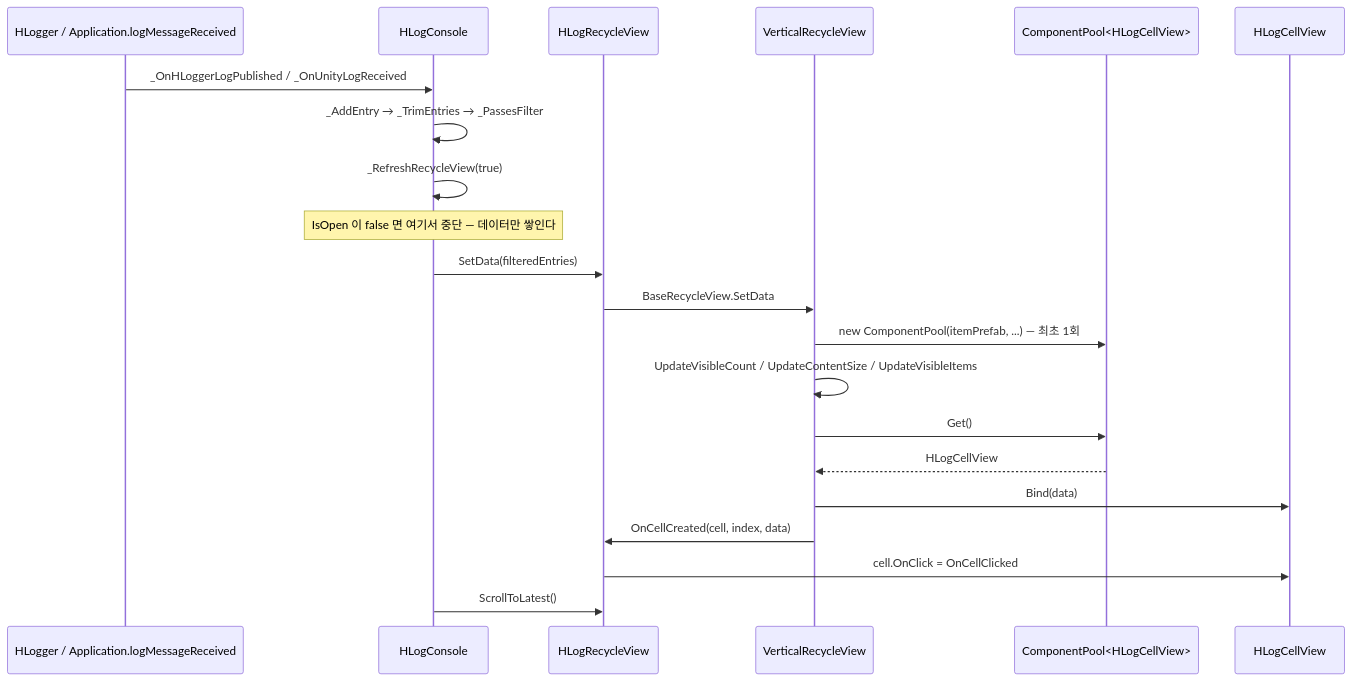
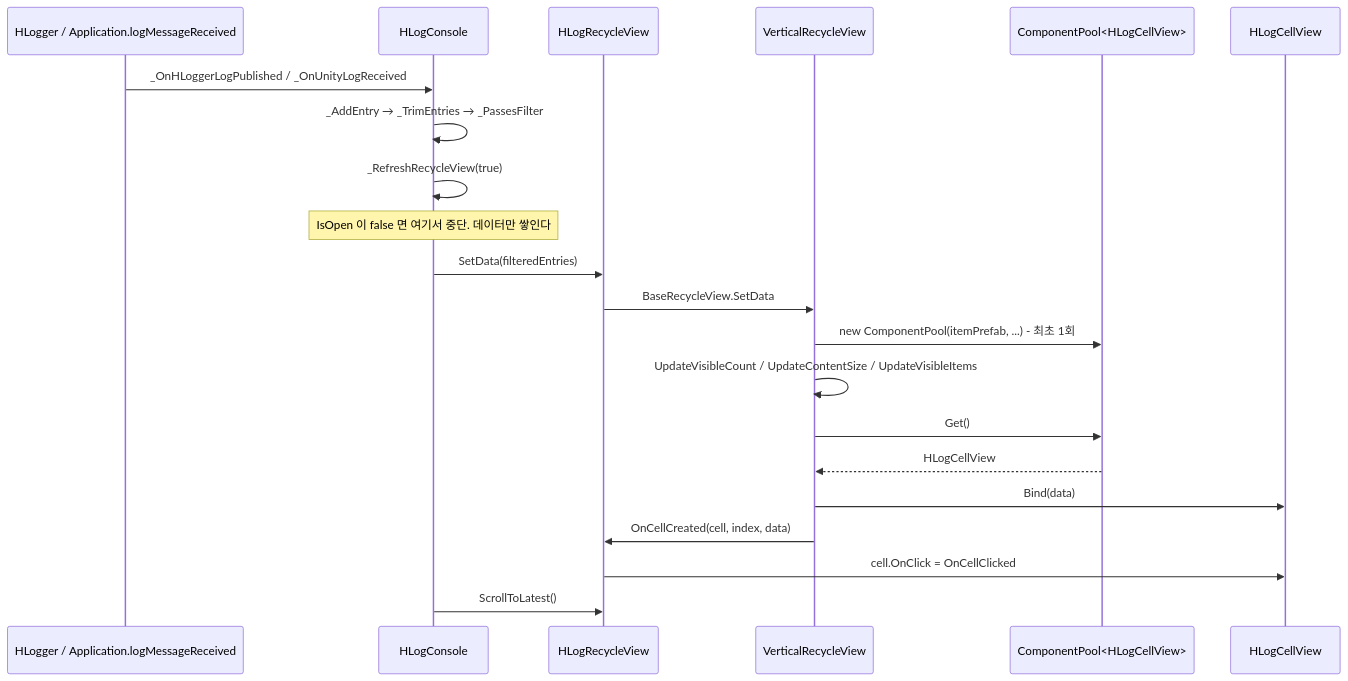
One commit to HoHong123/HCUP-Unity changed the second of 2 diagrams in HUI/Runtime/README.md. Above: the diagram before and after it, drawn with Mermaid. The commit also changed other lines of this file, not shown here.

````diff
--- a/HUI/Runtime/README.md
+++ b/HUI/Runtime/README.md
@@ -136,24 +134,24 @@
 ```mermaid
 sequenceDiagram
     participant L as HLogger / Application.logMessageReceived
     participant C as HLogConsole
     participant V as HLogRecycleView
     participant B as VerticalRecycleView
     participant P as ComponentPool<HLogCellView>
     participant CV as HLogCellView
 
     L->>C: _OnHLoggerLogPublished / _OnUnityLogReceived
     C->>C: _AddEntry → _TrimEntries → _PassesFilter
     C->>C: _RefreshRecycleView(true)
-    Note over C: IsOpen 이 false 면 여기서 중단 — 데이터만 쌓인다
+    Note over C: IsOpen 이 false 면 여기서 중단. 데이터만 쌓인다
     C->>V: SetData(filteredEntries)
     V->>B: BaseRecycleView.SetData
-    B->>P: new ComponentPool(itemPrefab, ...) — 최초 1회
+    B->>P: new ComponentPool(itemPrefab, ...) - 최초 1회
     B->>B: UpdateVisibleCount / UpdateContentSize / UpdateVisibleItems
     B->>P: Get()
     P-->>B: HLogCellView
     B->>CV: Bind(data)
     B->>V: OnCellCreated(cell, index, data)
     V->>CV: cell.OnClick = OnCellClicked
     C->>V: ScrollToLatest()
 ```
````
